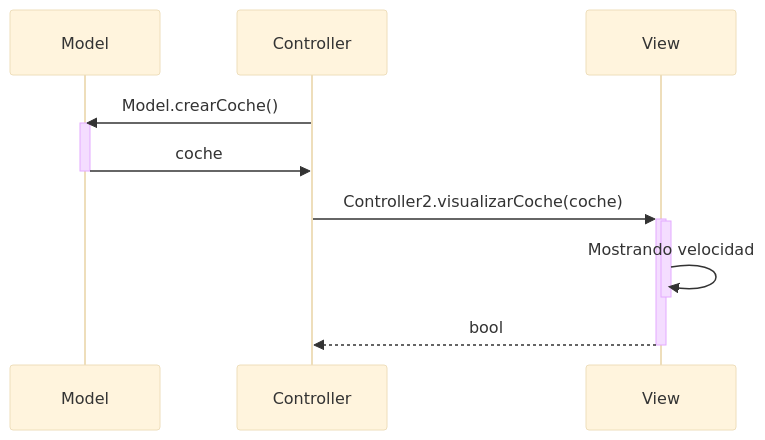
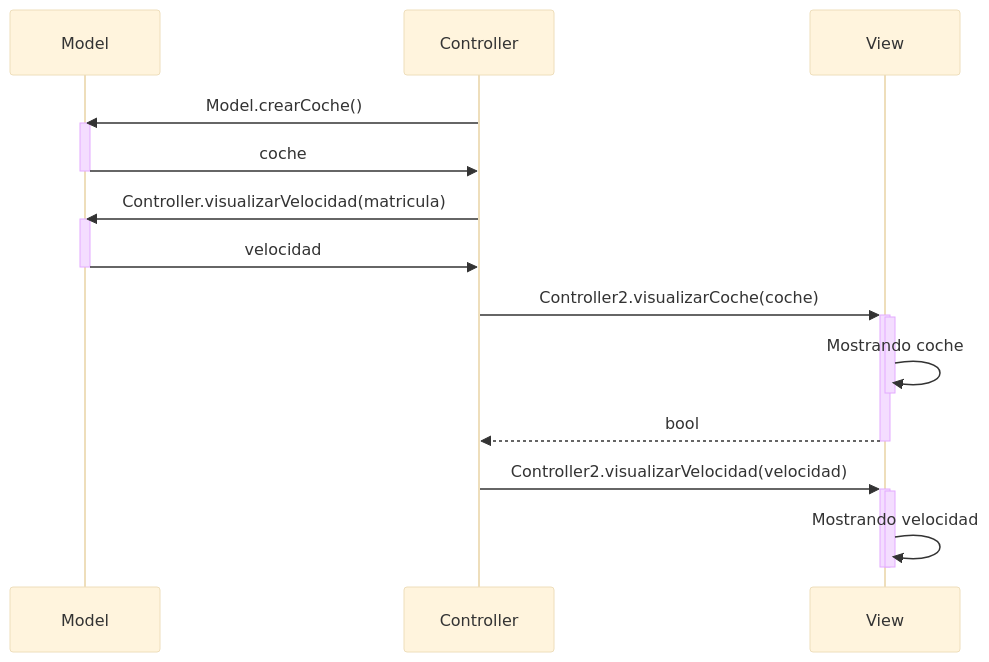
The diagram in Readme-MVC-APP-.md (Dimitri2004/COD_MVCD1), drawn with Mermaid (base theme) before and after one commit. The commit also changed 2 other files, not shown here.

Commit message:
MVC 0.16

````diff
--- a/Readme-MVC-APP-.md
+++ b/Readme-MVC-APP-.md
@@ -1,17 +1,27 @@
 ```mermaid
 sequenceDiagram 
     participant Model
     participant Controller
     participant View
 
     Controller->>Model: Model.crearCoche()
     activate Model
     Model->>Controller: coche
     deactivate Model
+    Controller->>Model: Controller.visualizarVelocidad(matricula)
+    activate Model
+    Model->>Controller: velocidad
+    deactivate Model
     Controller->>+View: Controller2.visualizarCoche(coche)
     activate View
-    View->>-View:Mostrando velocidad
+    View->>-View:Mostrando coche
     View-->>Controller: bool
     deactivate View
+    Controller->>+View: Controller2.visualizarVelocidad(velocidad)
+    activate View
+    View->>-View: Mostrando velocidad
+    deactivate View
+    
+    
 
 ```
````
